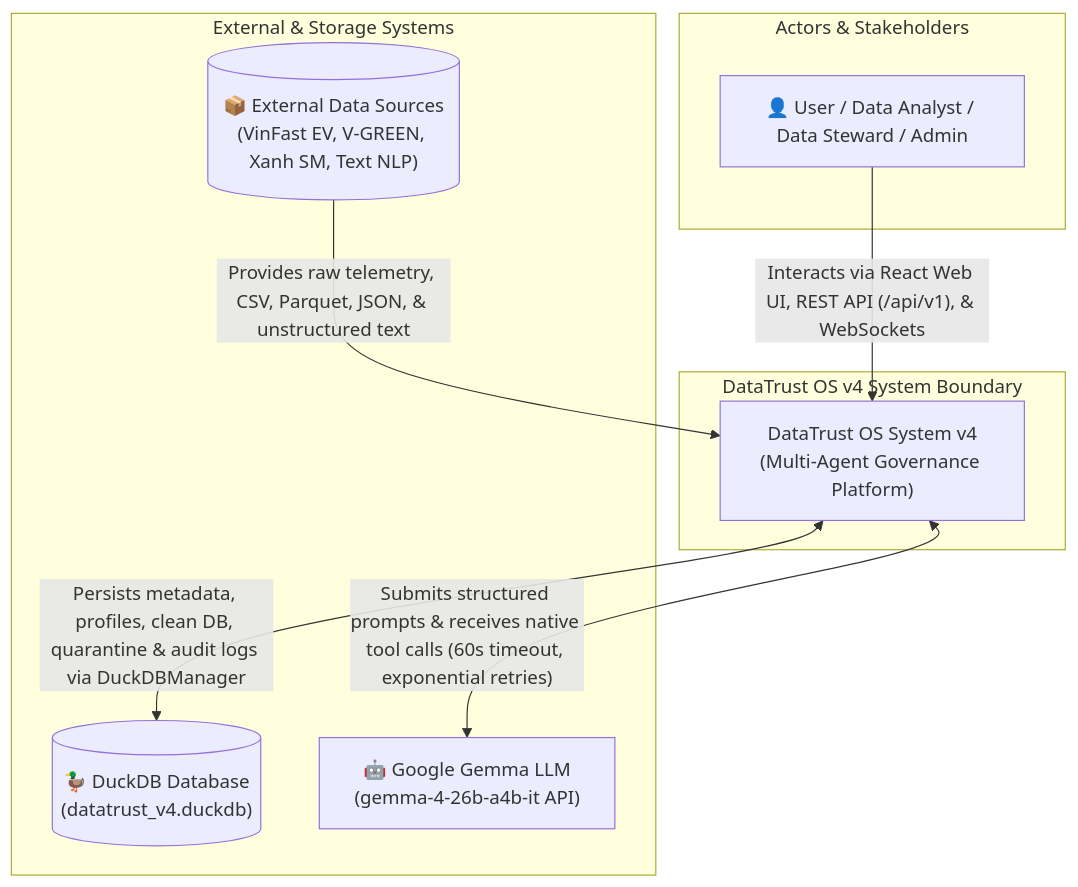
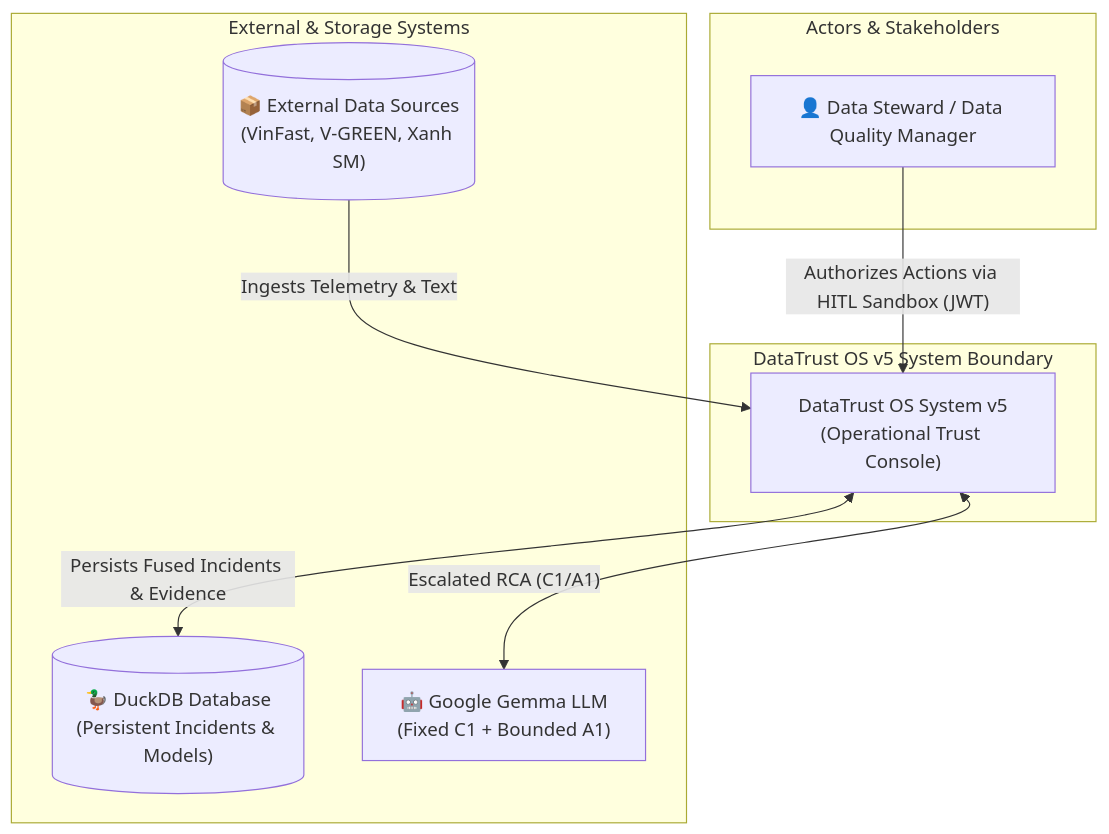
One commit to Dino1059/Phase2_VSF changed the first of 2 diagrams in docs/architecture/C4_MODEL.md. Above: the diagram before and after it, drawn with Mermaid. The commit also changed other lines of this file and 28 other files, not shown here.

First line of the commit message:
docs(v5): Comprehensive architecture and UX documentation overhaul for V5

````diff
--- a/docs/architecture/C4_MODEL.md
+++ b/docs/architecture/C4_MODEL.md
@@ -26,21 +24,21 @@
 ```mermaid
 graph TD
     subgraph ExternalActors["Actors & Stakeholders"]
-        User["👤 User / Data Analyst / Data Steward / Admin"]
+        User["👤 Data Steward / Data Quality Manager"]
     end
 
-    subgraph DataTrustOSBoundary["DataTrust OS v4 System Boundary"]
-        SystemCore["DataTrust OS System v4<br/>(Multi-Agent Governance Platform)"]
+    subgraph DataTrustOSBoundary["DataTrust OS v5 System Boundary"]
+        SystemCore["DataTrust OS System v5<br/>(Operational Trust Console)"]
     end
 
     subgraph ExternalSystems["External & Storage Systems"]
-        DuckDB[("🦆 DuckDB Database<br/>(datatrust_v4.duckdb)")]
-        GemmaLLM["🤖 Google Gemma LLM<br/>(gemma-4-26b-a4b-it API)"]
-        DataSources[("📦 External Data Sources<br/>(VinFast EV, V-GREEN, Xanh SM, Text NLP)")]
+        DuckDB[("🦆 DuckDB Database<br/>(Persistent Incidents & Models)")]
+        GemmaLLM["🤖 Google Gemma LLM<br/>(Fixed C1 + Bounded A1)"]
+        DataSources[("📦 External Data Sources<br/>(VinFast, V-GREEN, Xanh SM)")]
     end
 
-    User -->|"Interacts via React Web UI, REST API (/api/v1), & WebSockets"| SystemCore
-    DataSources -->|"Provides raw telemetry, CSV, Parquet, JSON, & unstructured text"| SystemCore
-    SystemCore <-->|"Persists metadata, profiles, clean DB, quarantine & audit logs via DuckDBManager"| DuckDB
-    SystemCore <-->|"Submits structured prompts & receives native tool calls (60s timeout, exponential retries)"| GemmaLLM
+    User -->|"Authorizes Actions via HITL Sandbox (JWT)"| SystemCore
+    DataSources -->|"Ingests Telemetry & Text"| SystemCore
+    SystemCore <-->|"Persists Fused Incidents & Evidence"| DuckDB
+    SystemCore <-->|"Escalated RCA (C1/A1)"| GemmaLLM
 ```
````
